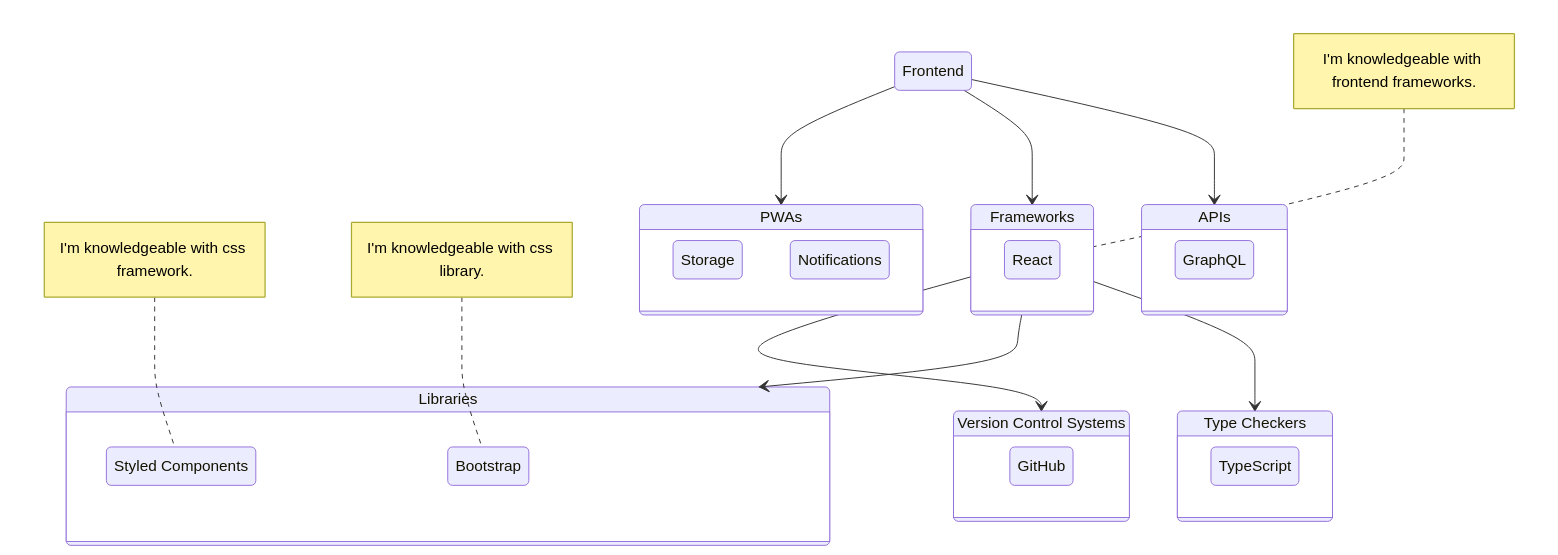
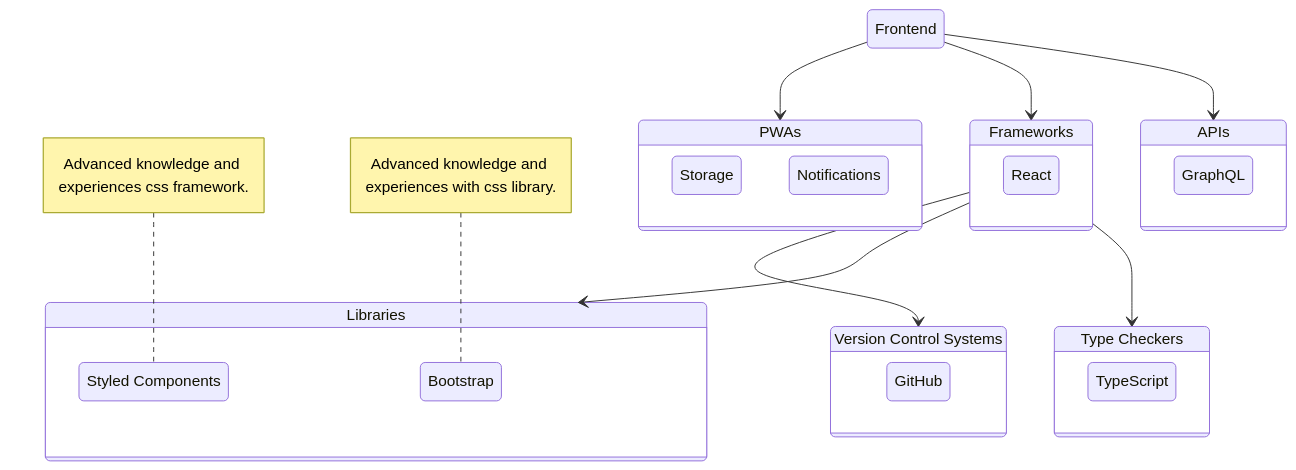
The second of 4 diagrams in README.md (farunurisonmez/farunurisonmez), drawn with Mermaid before and after one commit. The commit also changed other lines of this file, not shown here.

````diff
--- a/README.md
+++ b/README.md
@@ -54,34 +59,33 @@
 ```mermaid
   stateDiagram-v2
     Frontend --> PWAs
       state PWAs {
         Storage
         Notifications
       }
     Frontend --> Frameworks
-      note left of Frameworks : I'm knowledgeable with frontend frameworks.
       state Frameworks {
         React
       }
     VersionControlSystems: Version Control Systems
     Frameworks --> VersionControlSystems
       state VersionControlSystems {
         GitHub
       }
     Frontend --> APIs
       state APIs {
         Graphql: GraphQL
       }
     Frameworks --> Libraries
       state Libraries {
         StyledComponents: Styled Components
-        note left of StyledComponents : I'm knowledgeable with css framework.
+        note left of StyledComponents : Advanced knowledge and experiences css framework.
         Bootstrap: Bootstrap
-        note left of Bootstrap : I'm knowledgeable with css library.
+        note left of Bootstrap : Advanced knowledge and experiences with css library.
       }
     TypeCheckers:Type Checkers
     Frameworks --> TypeCheckers
        state TypeCheckers {
         TypeScript: TypeScript
       }
 ```
````
